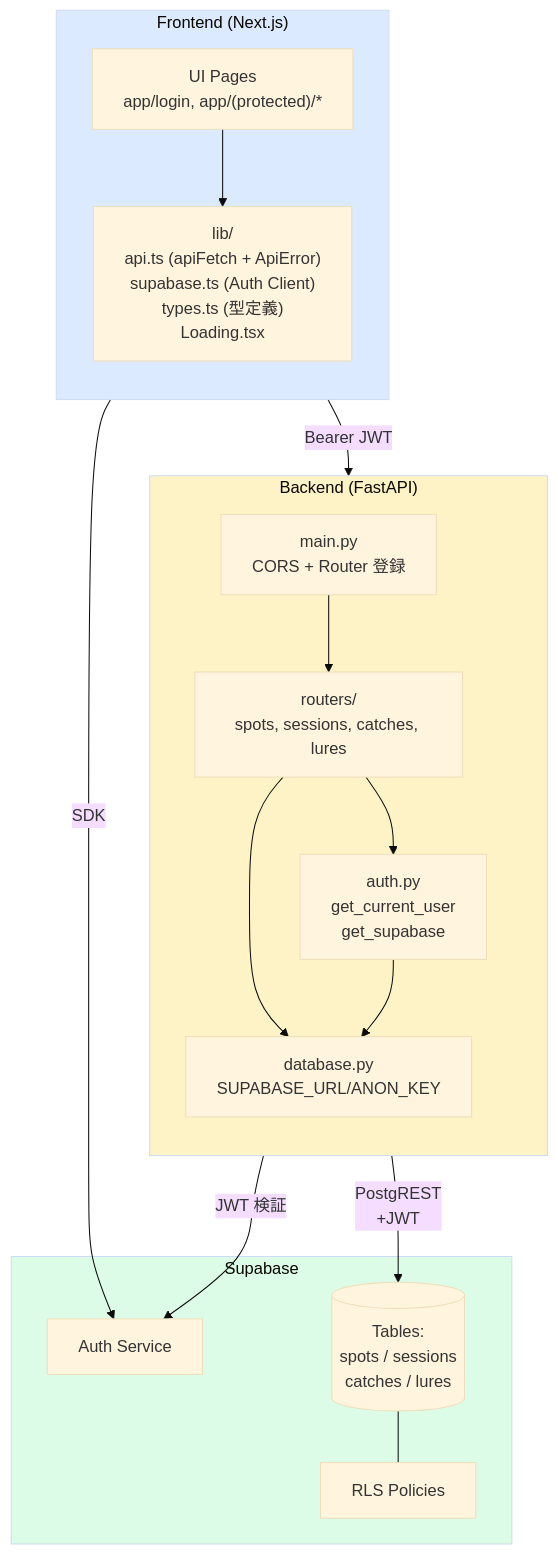
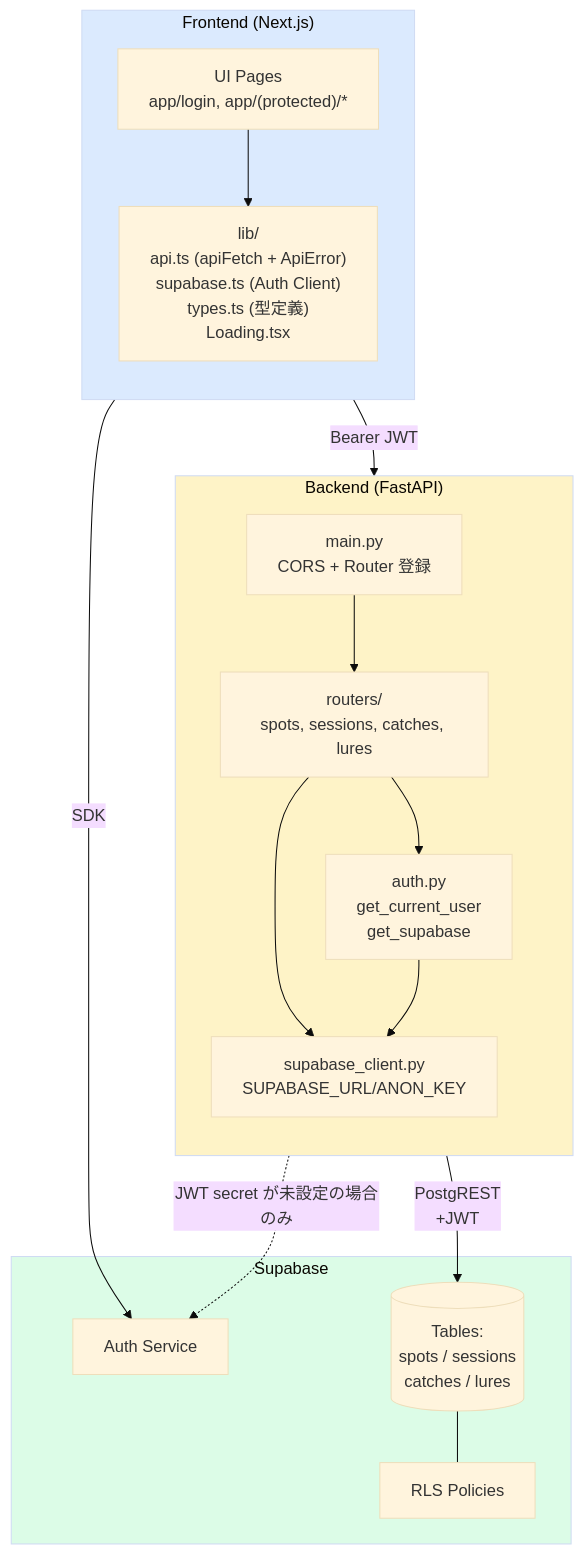
One commit to satoru-oka/catch-management changed the fifth of 7 diagrams in docs/architecture.md. Above: the diagram before and after it, drawn with Mermaid (base theme). The commit also changed other lines of this file and 25 other files, not shown here.

````diff
--- a/docs/architecture.md
+++ b/docs/architecture.md
@@ -114,37 +115,37 @@
 ```mermaid
 flowchart TB
     subgraph Frontend["Frontend (Next.js)"]
         direction TB
         Pages["UI Pages<br/>app/login, app/(protected)/*"]
         Lib["lib/<br/>api.ts (apiFetch + ApiError)<br/>supabase.ts (Auth Client)<br/>types.ts (型定義)<br/>Loading.tsx"]
         Pages --> Lib
     end
 
     subgraph Backend["Backend (FastAPI)"]
         direction TB
         Main["main.py<br/>CORS + Router 登録"]
         Routers["routers/<br/>spots, sessions, catches, lures"]
         AuthMod["auth.py<br/>get_current_user<br/>get_supabase"]
-        DBMod["database.py<br/>SUPABASE_URL/ANON_KEY"]
+        DBMod["supabase_client.py<br/>SUPABASE_URL/ANON_KEY"]
         Main --> Routers
         Routers --> AuthMod
         Routers --> DBMod
         AuthMod --> DBMod
     end
 
     subgraph Supabase["Supabase"]
         SBAuth["Auth Service"]
         Tables[("Tables:<br/>spots / sessions<br/>catches / lures")]
         RLS["RLS Policies"]
         Tables --- RLS
     end
 
     Frontend -->|"Bearer JWT"| Backend
     Frontend -->|"SDK"| SBAuth
-    Backend -->|"JWT 検証"| SBAuth
+    Backend -.->|"JWT secret が未設定の場合のみ"| SBAuth
     Backend -->|"PostgREST<br/>+JWT"| Tables
 
     style Frontend fill:#dbeafe
     style Backend fill:#fef3c7
     style Supabase fill:#dcfce7
 ```
````
